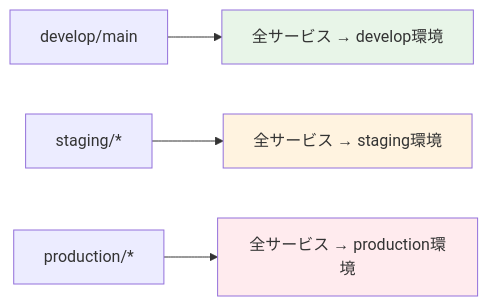
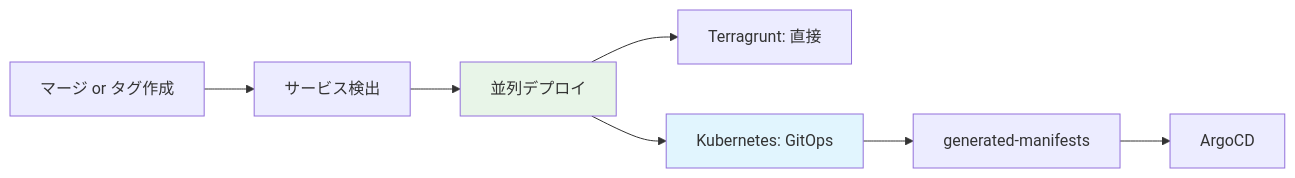
One commit to panicboat/monorepo changed the second of 3 diagrams in .github/scripts/README.md. Above: the diagram before and after it, drawn with Mermaid. The commit also changed other lines of this file and 9 other files, not shown here.

````diff
--- a/.github/scripts/README.md
+++ b/.github/scripts/README.md
@@ -47,10 +56,12 @@
 ```mermaid
 graph LR
-    A[develop/main] --> B[全サービス → develop環境]
-    C[staging/*] --> D[全サービス → staging環境]
-    E[production/*] --> F[全サービス → production環境]
+    A[マージ or タグ作成] --> B[サービス検出]
+    B --> C[並列デプロイ]
+    C --> D[Terragrunt: 直接]
+    C --> E[Kubernetes: GitOps]
+    E --> F[generated-manifests]
+    F --> G[ArgoCD]
 
-    style B fill:#e8f5e8
-    style D fill:#fff3e0
-    style F fill:#ffebee
+    style C fill:#e8f5e8
+    style E fill:#e1f5fe
 ```
````
